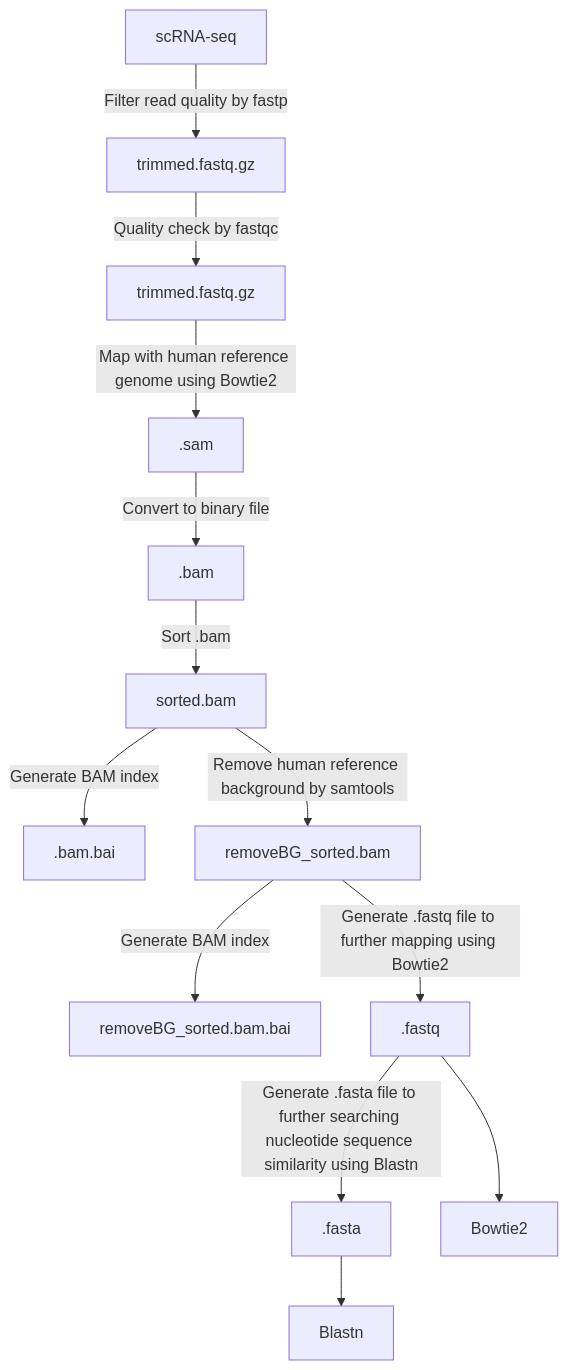
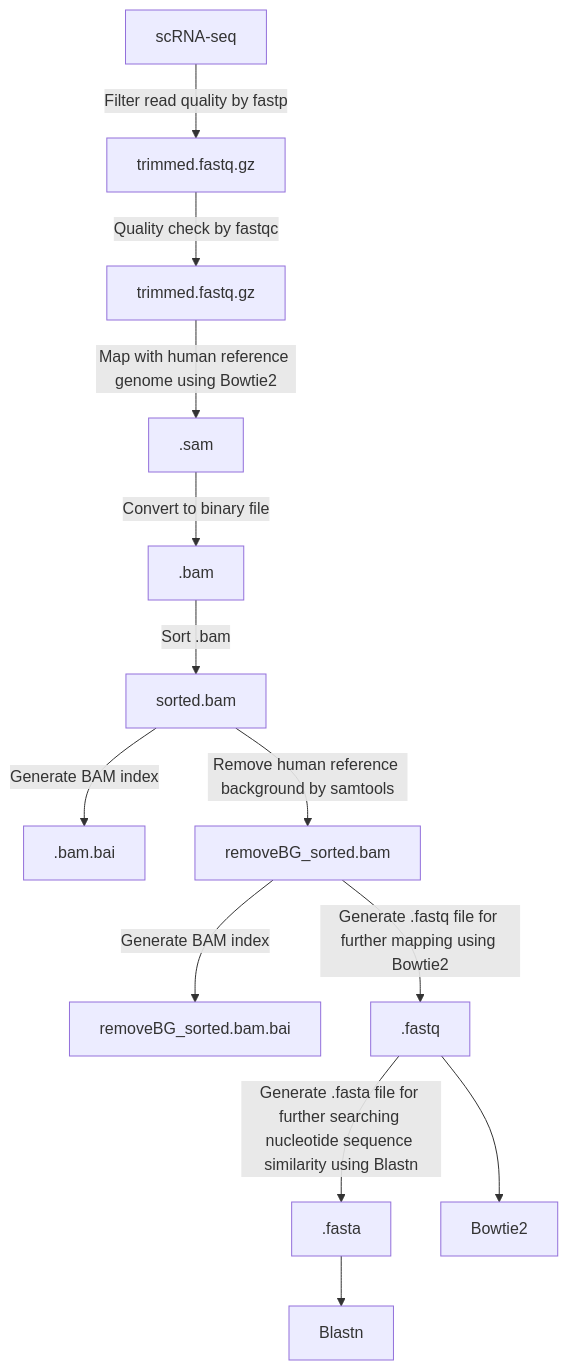
Before and after one commit to julaneelee/Human-viruses-detection-in-scRNA-seq: the diagram in README.md, drawn with Mermaid.

````diff
--- a/README.md
+++ b/README.md
@@ -11,17 +11,17 @@
 ```mermaid
 graph TD;
     A[scRNA-seq]-->|Filter read quality by fastp| B[trimmed.fastq.gz];
     B-->|Quality check by fastqc| C[trimmed.fastq.gz];
     C-->|Map with human reference genome using Bowtie2| D[.sam];
     D-->|Convert to binary file| E[.bam];
     E-->|Sort .bam| F[sorted.bam];
     F-->|Generate BAM index| G[.bam.bai];
     F-->|Remove human reference background by samtools| H[removeBG_sorted.bam] ;
     H-->|Generate BAM index| I[removeBG_sorted.bam.bai];
-    H-->|Generate .fastq file to further mapping using Bowtie2| J[.fastq];
-    J-->|Generate .fasta file to further searching nucleotide sequence similarity using Blastn| K[.fasta];
+    H-->|Generate .fastq file for further mapping using Bowtie2| J[.fastq];
+    J-->|Generate .fasta file for further searching nucleotide sequence similarity using Blastn| K[.fasta];
     J-->L[Bowtie2];
     K-->M[Blastn];
   
     
 ```
````
